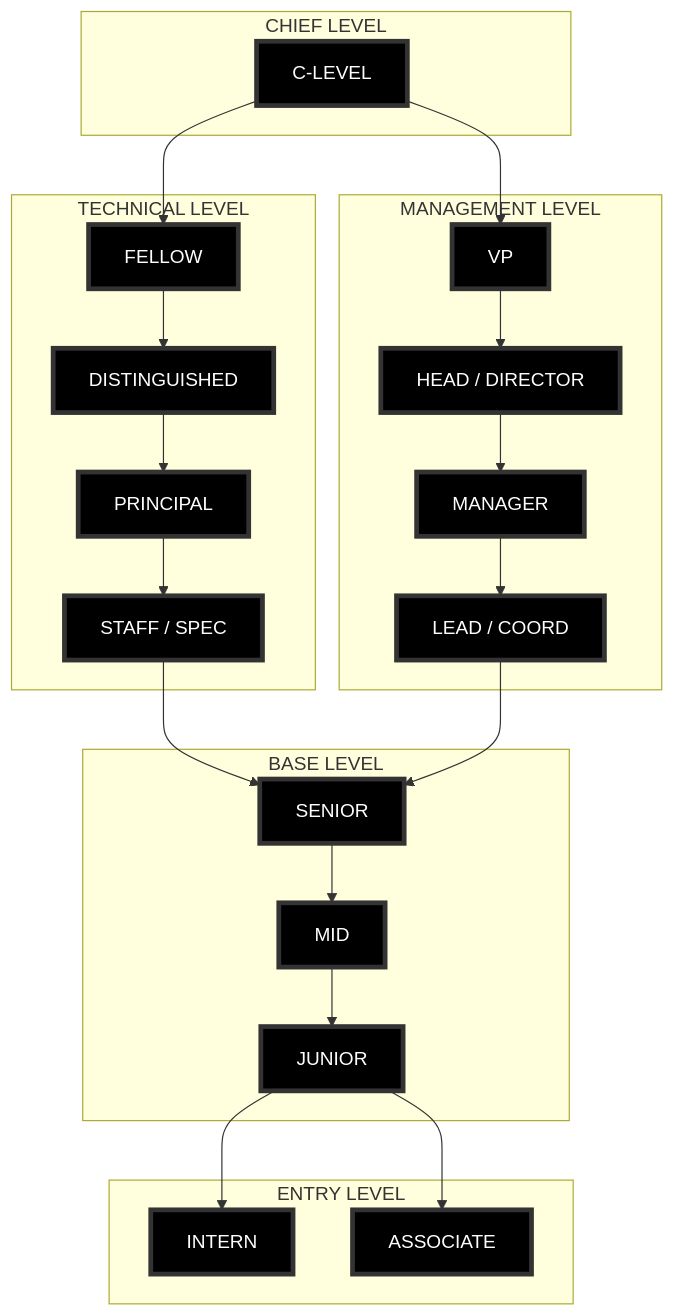
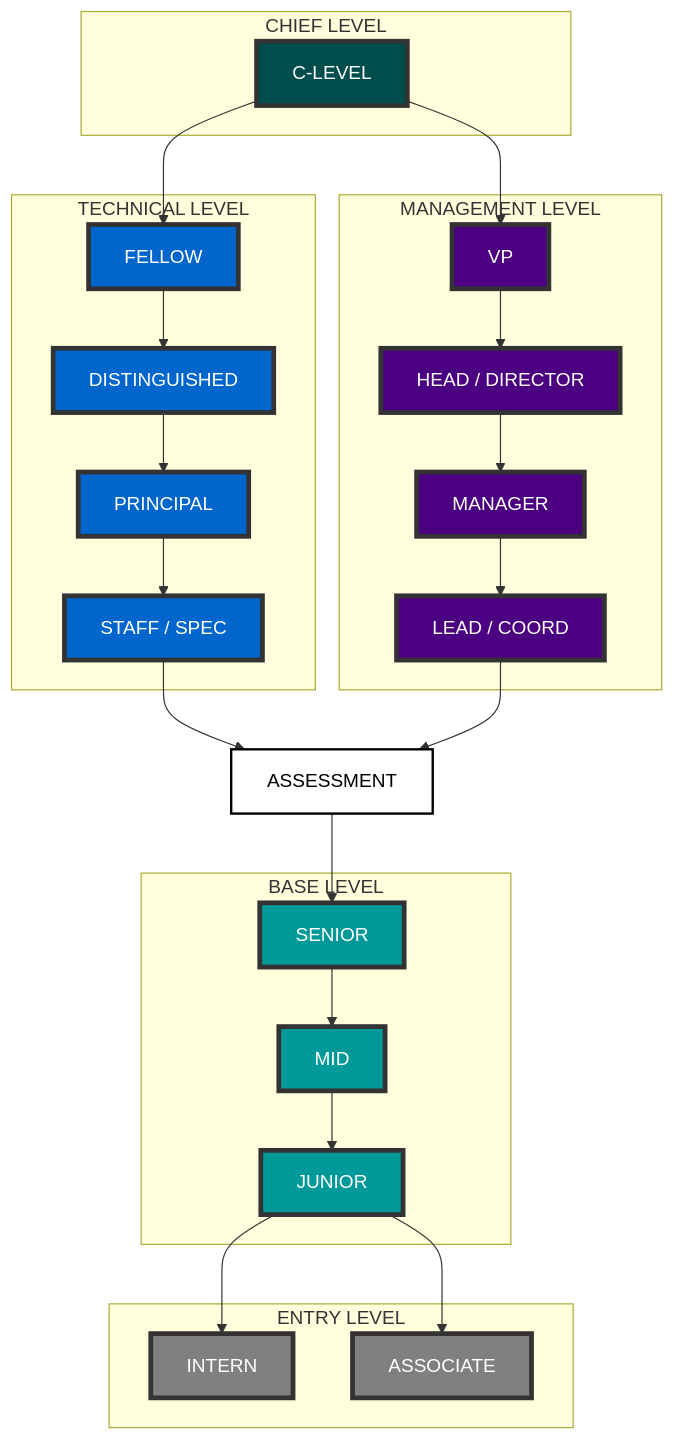
One commit to careertopologies/careertopologies changed the first of 2 diagrams in topologies.md. Above: the diagram before and after it, drawn with Mermaid. The commit also changed other lines of this file and 1 other file, not shown here.

Commit message:
feat: add navigation badge and enhance flowchart styles in topologies.md

````diff
--- a/topologies.md
+++ b/topologies.md
@@ -9,46 +11,53 @@
 ```mermaid
 flowchart TB
+    %% Definição de Subgráficos e Estilos %%
     subgraph "CHIEF LEVEL"
-        style CLEVEL fill:#000,stroke:#333,stroke-width:4px,color:#fff
+        style CLEVEL fill:#004d4d,stroke:#333,stroke-width:4px,color:#fff
         CLEVEL["C-LEVEL"]
     end
 
     subgraph "MANAGEMENT LEVEL"
-        style VP fill:#000,stroke:#333,stroke-width:4px,color:#fff
-        style HEAD fill:#000,stroke:#333,stroke-width:4px,color:#fff
-        style MANAGER fill:#000,stroke:#333,stroke-width:4px,color:#fff
-        style LEAD fill:#000,stroke:#333,stroke-width:4px,color:#fff
+        style VP fill:#4b0082,stroke:#333,stroke-width:4px,color:#fff
+        style HEAD fill:#4b0082,stroke:#333,stroke-width:4px,color:#fff
+        style MANAGER fill:#4b0082,stroke:#333,stroke-width:4px,color:#fff
+        style LEAD fill:#4b0082,stroke:#333,stroke-width:4px,color:#fff
         VP["VP"] --> HEAD["HEAD / DIRECTOR"] --> MANAGER["MANAGER"] --> LEAD["LEAD / COORD"]
     end
 
     subgraph "TECHNICAL LEVEL"
-        style FELLOW fill:#000,stroke:#333,stroke-width:4px,color:#fff
-        style DISTINGUISHED fill:#000,stroke:#333,stroke-width:4px,color:#fff
-        style PRINCIPAL fill:#000,stroke:#333,stroke-width:4px,color:#fff
-        style STAFF fill:#000,stroke:#333,stroke-width:4px,color:#fff
+        style FELLOW fill:#0066cc,stroke:#333,stroke-width:4px,color:#fff
+        style DISTINGUISHED fill:#0066cc,stroke:#333,stroke-width:4px,color:#fff
+        style PRINCIPAL fill:#0066cc,stroke:#333,stroke-width:4px,color:#fff
+        style STAFF fill:#0066cc,stroke:#333,stroke-width:4px,color:#fff
         FELLOW["FELLOW"] --> DISTINGUISHED["DISTINGUISHED"] --> PRINCIPAL["PRINCIPAL"] --> STAFF["STAFF / SPEC"]
     end
 
     subgraph "BASE LEVEL"
-        style SENIOR fill:#000,stroke:#333,stroke-width:4px,color:#fff
-        style MID fill:#000,stroke:#333,stroke-width:4px,color:#fff
-        style JUNIOR fill:#000,stroke:#333,stroke-width:4px,color:#fff
+        style SENIOR fill:#009999,stroke:#333,stroke-width:4px,color:#fff
+        style MID fill:#009999,stroke:#333,stroke-width:4px,color:#fff
+        style JUNIOR fill:#009999,stroke:#333,stroke-width:4px,color:#fff
         SENIOR["SENIOR"] --> MID["MID"] --> JUNIOR["JUNIOR"]
     end
 
     subgraph "ENTRY LEVEL"
-        style INTERN fill:#000,stroke:#333,stroke-width:4px,color:#fff
-        style ASSOCIATE fill:#000,stroke:#333,stroke-width:4px,color:#fff
+        style INTERN fill:#808080,stroke:#333,stroke-width:4px,color:#fff
+        style ASSOCIATE fill:#808080,stroke:#333,stroke-width:4px,color:#fff
         INTERN["INTERN"]
         ASSOCIATE["ASSOCIATE"]
     end
 
+    %% Conexões entre Subgráficos %%
     CLEVEL --> VP
     CLEVEL --> FELLOW
 
-    STAFF --> SENIOR
-    LEAD --> SENIOR
+    STAFF --> ASSESSMENT
+    LEAD --> ASSESSMENT
+    ASSESSMENT --> SENIOR
 
     JUNIOR --> INTERN
     JUNIOR --> ASSOCIATE
+
+    %% Definição do nó ASSESSMENT %%
+    style ASSESSMENT fill:#fff,stroke:#000,stroke-width:2px,color:#000
+    ASSESSMENT["ASSESSMENT"]
 ```
````
